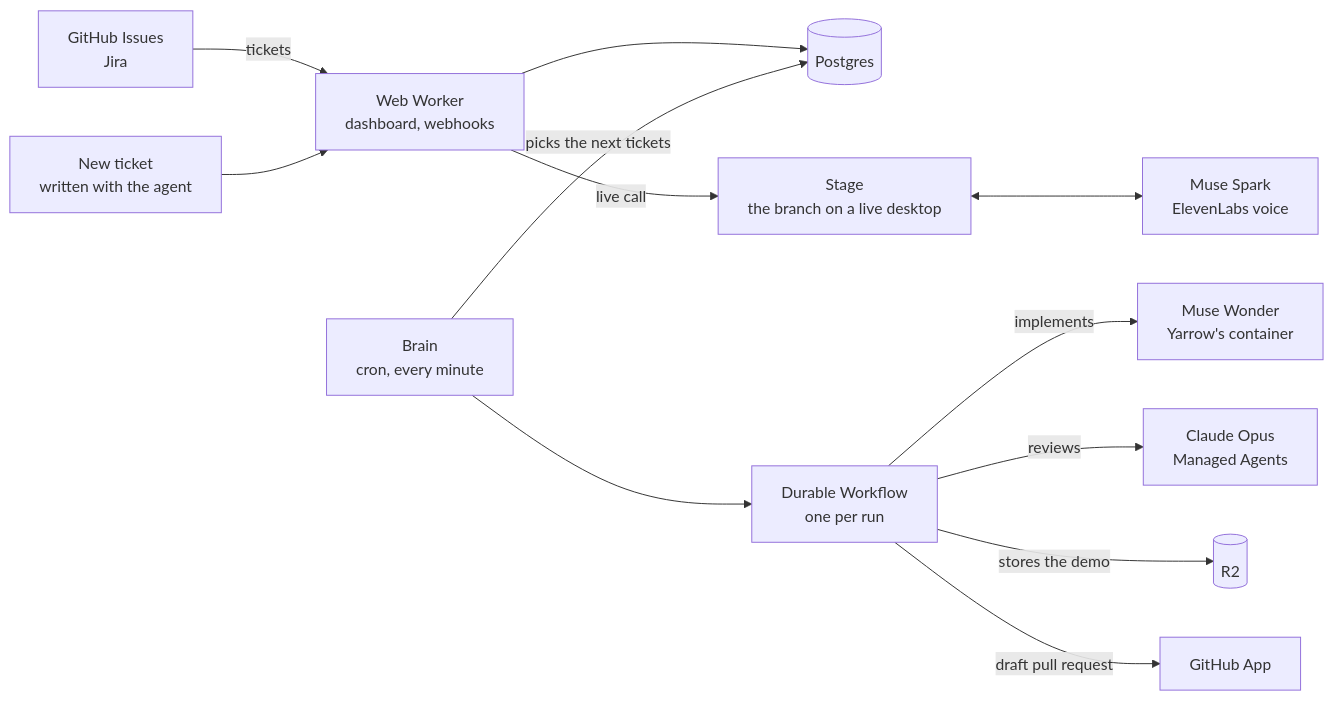
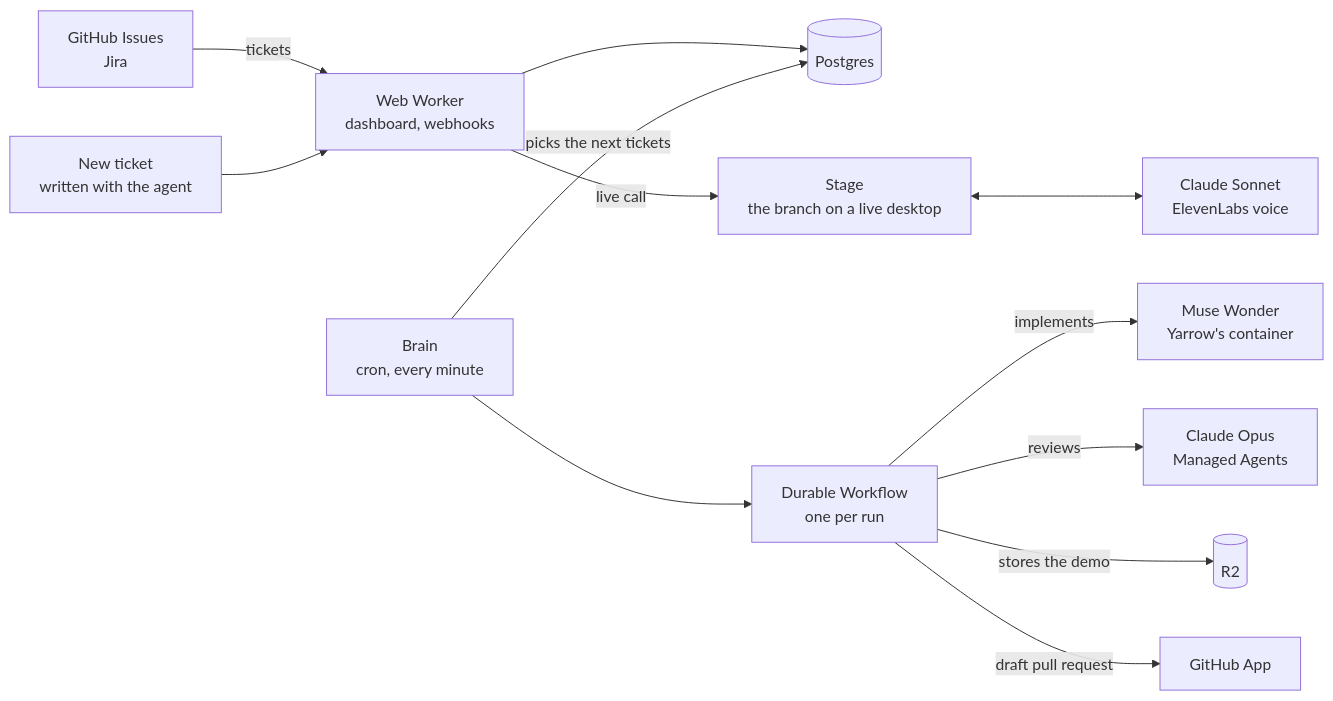
One commit to KevTale/yarrow changed the diagram in README.md. Above: the diagram before and after it, drawn with Mermaid. The commit also changed other lines of this file and 2 other files, not shown here.

Commit message:
Claude Sonnet answers the chat, the live call and the new ticket's agent again, in place of Muse Spark

````diff
--- a/README.md
+++ b/README.md
@@ -39,14 +39,14 @@
 ```mermaid
 flowchart LR
   TR["GitHub Issues<br/>Jira"] -->|tickets| WEB
   NEW["New ticket<br/>written with the agent"] --> WEB
   WEB["Web Worker<br/>dashboard, webhooks"] --> DB[("Postgres")]
   CRON["Brain<br/>cron, every minute"] -->|picks the next tickets| DB
   CRON --> RUN["Durable Workflow<br/>one per run"]
   RUN -->|implements| IMPL["Muse Wonder<br/>Yarrow's container"]
   RUN -->|reviews| REV["Claude Opus<br/>Managed Agents"]
   RUN -->|stores the demo| R2[("R2")]
   RUN -->|draft pull request| GH["GitHub App"]
   WEB -->|live call| STAGE["Stage<br/>the branch on a live desktop"]
-  STAGE <--> TALK["Muse Spark<br/>ElevenLabs voice"]
+  STAGE <--> TALK["Claude Sonnet<br/>ElevenLabs voice"]
 ```
````
